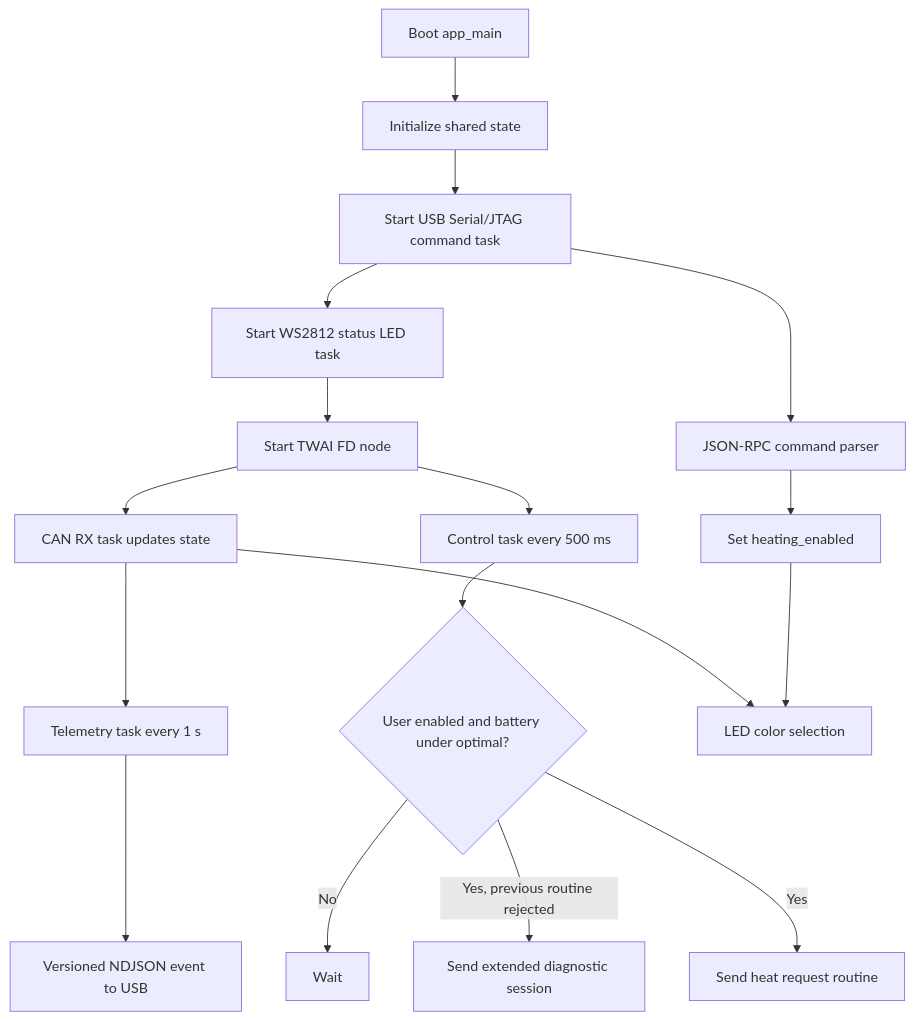
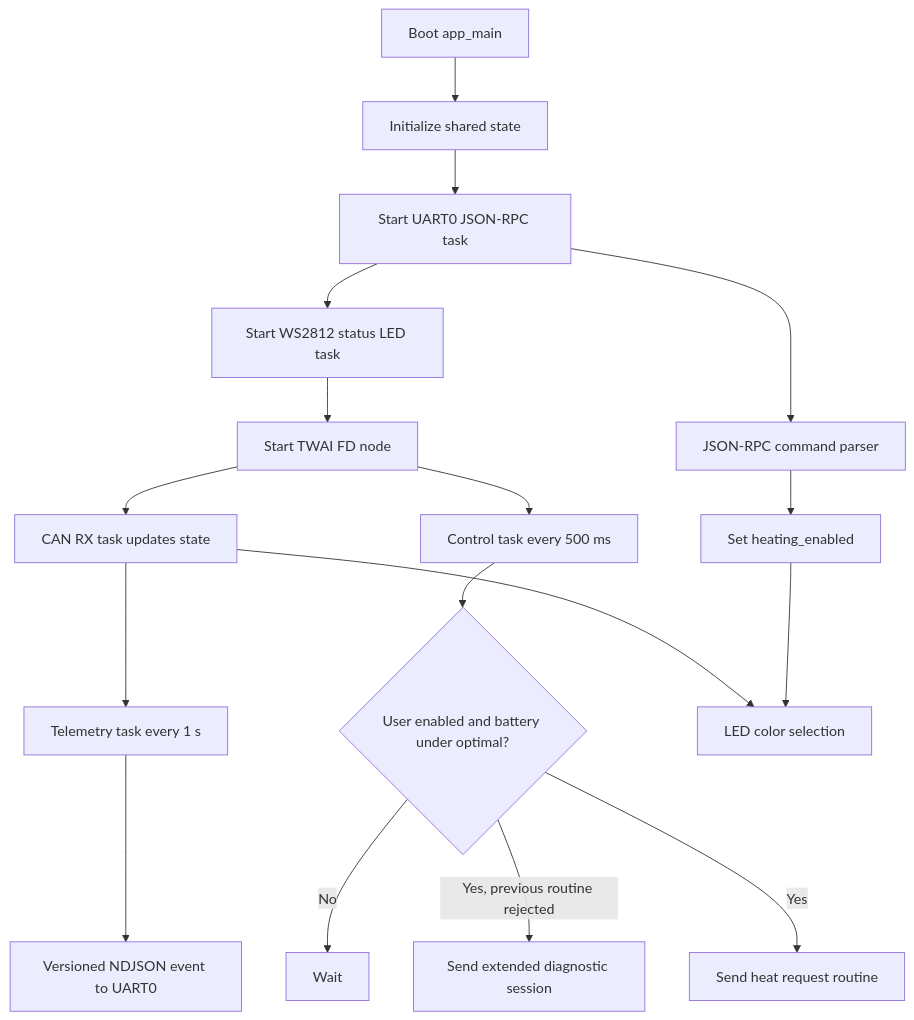
The first of 3 diagrams in SOFTWARE.md (are2/meb-commander), drawn with Mermaid before and after one commit. The commit also changed other lines of this file and 8 other files, not shown here.

Commit message:
Moved serial output to UART USB

````diff
--- a/SOFTWARE.md
+++ b/SOFTWARE.md
@@ -9,19 +9,19 @@
 ```mermaid
 flowchart TD
     Boot[Boot app_main] --> State[Initialize shared state]
-    State --> USB[Start USB Serial/JTAG command task]
-    USB --> LED[Start WS2812 status LED task]
+    State --> Serial[Start UART0 JSON-RPC task]
+    Serial --> LED[Start WS2812 status LED task]
     LED --> CAN[Start TWAI FD node]
     CAN --> RX[CAN RX task updates state]
     CAN --> Control[Control task every 500 ms]
-    USB --> Commands[JSON-RPC command parser]
+    Serial --> Commands[JSON-RPC command parser]
     Commands --> UserEnable[Set heating_enabled]
     Control --> Decision{User enabled and battery under optimal?}
     Decision -->|No| Wait[Wait]
     Decision -->|Yes, previous routine rejected| Diag[Send extended diagnostic session]
     Decision -->|Yes| Heat[Send heat request routine]
     RX --> Telemetry[Telemetry task every 1 s]
-    Telemetry --> USBOut[Versioned NDJSON event to USB]
+    Telemetry --> SerialOut[Versioned NDJSON event to UART0]
     RX --> LEDState[LED color selection]
     UserEnable --> LEDState
 ```
````
